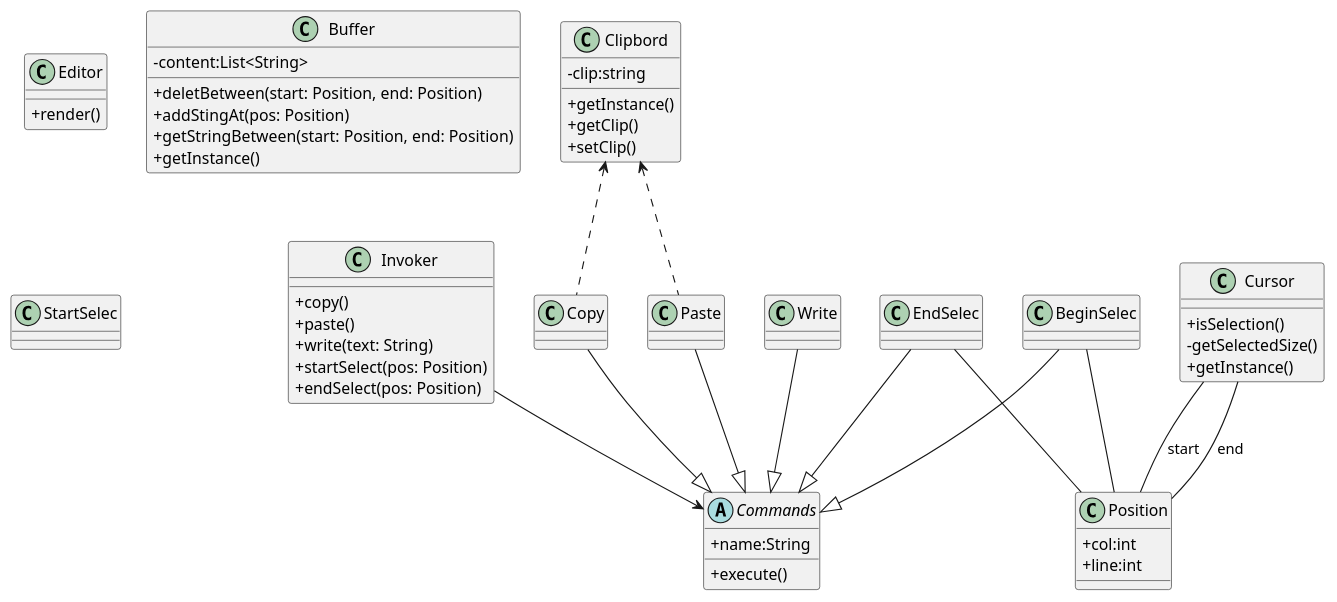
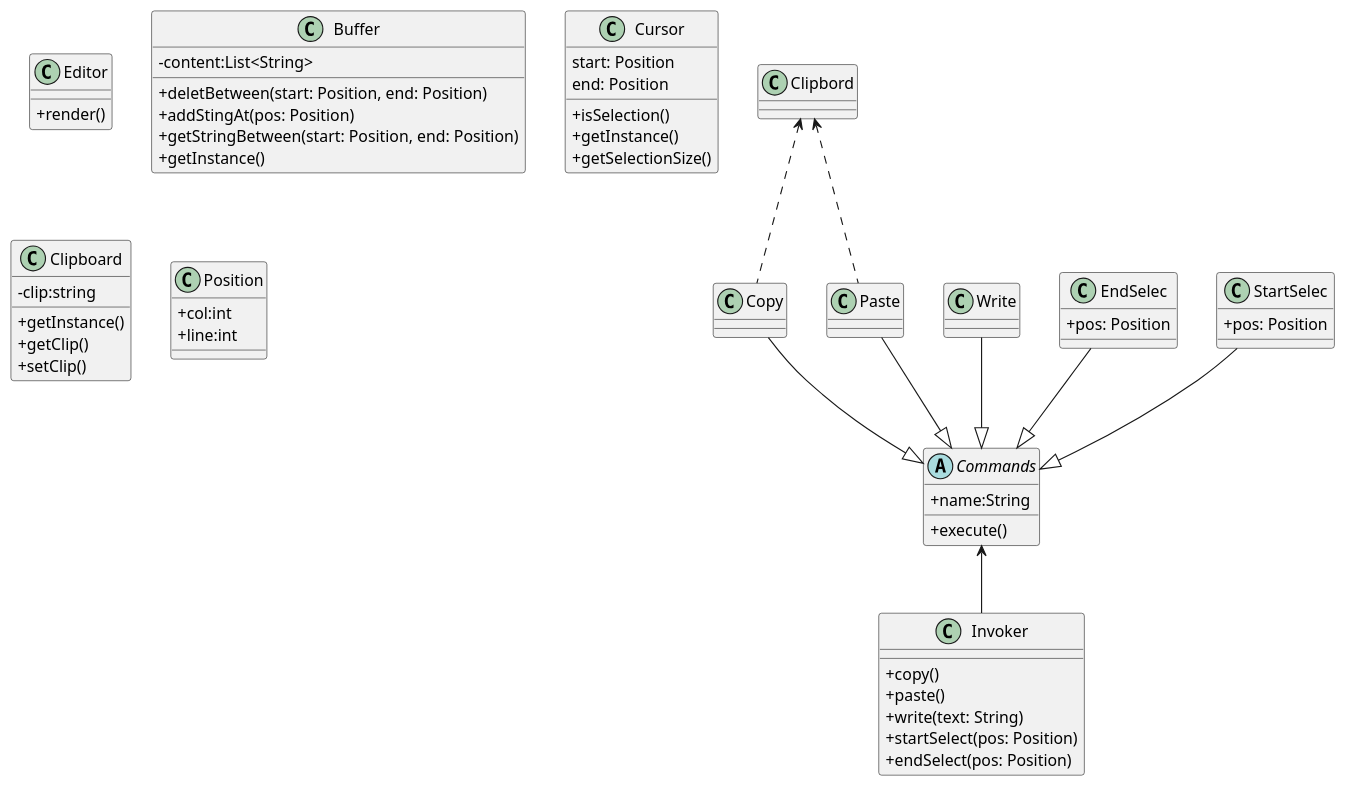
Before and after one commit to CodyAdam/another-useless-text-editor: the first of 3 diagrams in README.md, drawn with PlantUML.

Commit message:
feat: correct Position

````diff
--- a/README.md
+++ b/README.md
@@ -76,24 +76,23 @@
     }
     
     Class EndSelec{
-
+        +pos: Position
     }
     
     Class StartSelec{
-
+        +pos: Position
     }
     
-    CLass Cursor{
-
+    
+    class Cursor{
+        start: Position
+        end: Position
+        +isSelection()
+        +getInstance()
+        +getSelectionSize()
     }
     
-    class Cursor{
-        +isSelection()
-        -getSelectedSize()
-        +getInstance()
-    }
-    
-    class Clipbord{
+    class Clipboard{
         -clip:string
         +getInstance()
         +getClip()
@@ -108,16 +107,12 @@
     Paste--|>Commands
     Write--|>Commands
     Copy--|>Commands
-    BeginSelec--|>Commands
+    StartSelec--|>Commands
     EndSelec--|>Commands
 
     Clipbord <.. Copy
     Clipbord <.. Paste
 
-    Cursor -- Position : start
-    Cursor -- Position : end
-    EndSelec -- Position
-    BeginSelec -- Position
-    Invoker --> Commands
+    Commands <-- Invoker
 @enduml
 ``` 
````
